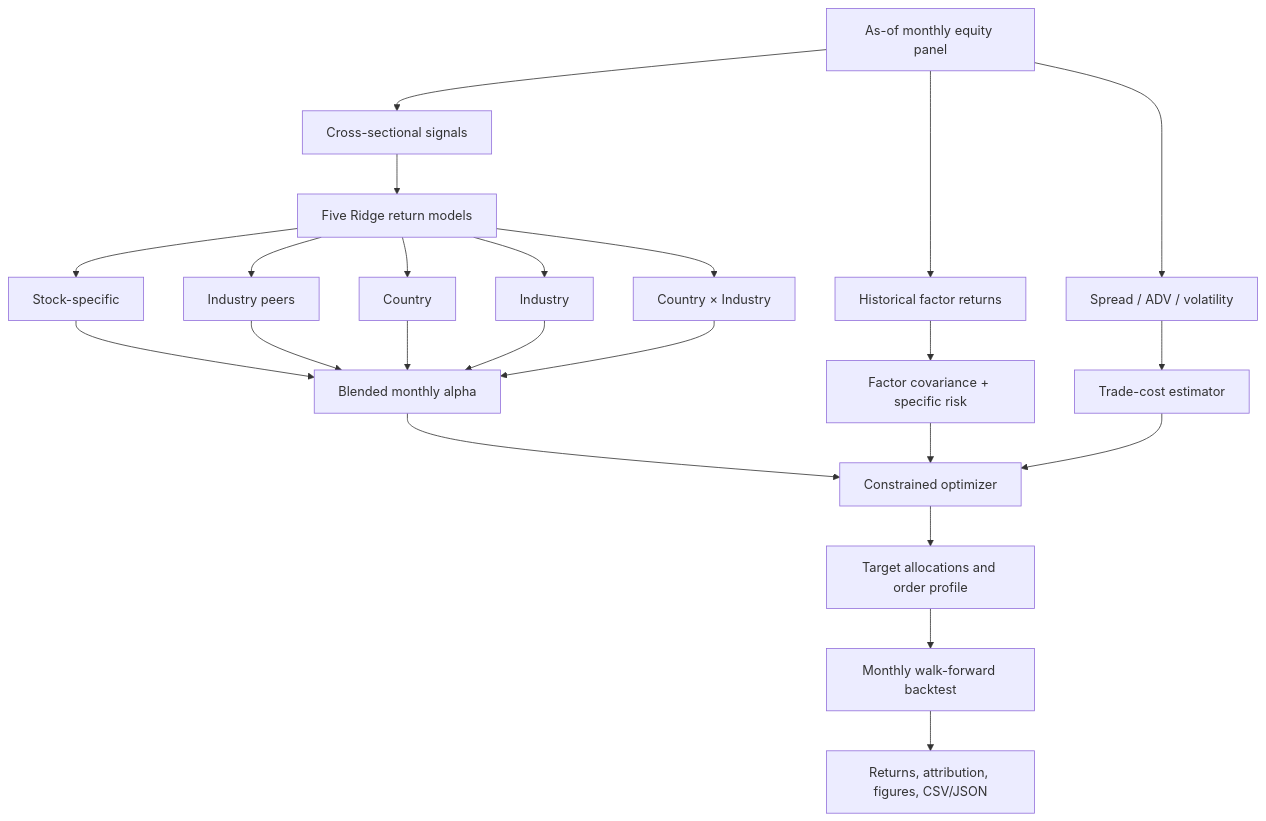
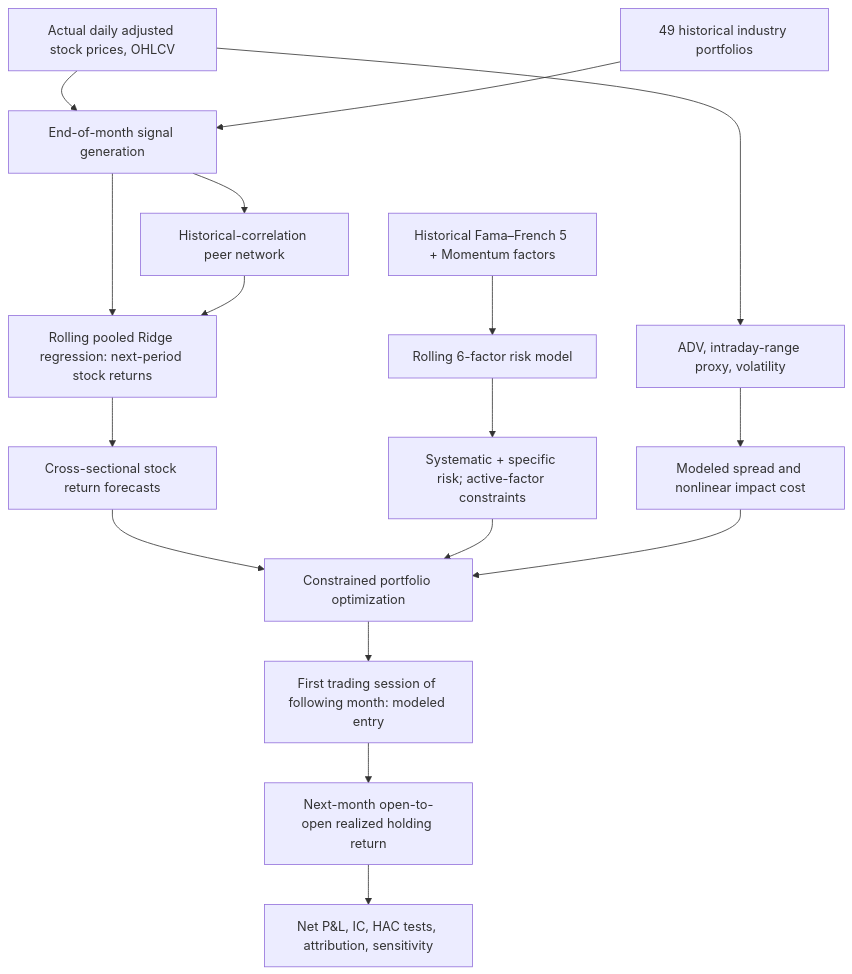
One commit to notpranita/alpha-risk-cost-portfolio-research changed the diagram in README.md. Above: the diagram before and after it, drawn with Mermaid. The commit also changed other lines of this file and 81 other files, not shown here.

Commit message:
implement S&P 500 alpha risk cost research framework

````diff
--- a/README.md
+++ b/README.md
@@ -19,25 +17,19 @@
 ```mermaid
 flowchart TD
-    A[As-of monthly equity panel] --> B[Cross-sectional signals]
-    B --> C[Five Ridge return models]
-    C --> C1[Stock-specific]
-    C --> C2[Industry peers]
-    C --> C3[Country]
-    C --> C4[Industry]
-    C --> C5[Country × Industry]
-    C1 --> D[Blended monthly alpha]
-    C2 --> D
-    C3 --> D
-    C4 --> D
-    C5 --> D
-    A --> E[Historical factor returns]
-    E --> F[Factor covariance + specific risk]
-    A --> G[Spread / ADV / volatility]
-    G --> H[Trade-cost estimator]
-    D --> I[Constrained optimizer]
-    F --> I
-    H --> I
-    I --> J[Target allocations and order profile]
-    J --> K[Monthly walk-forward backtest]
-    K --> L[Returns, attribution, figures, CSV/JSON]
+ A[Actual daily adjusted stock prices, OHLCV] --> B[End-of-month signal generation]
+ C[Historical Fama–French 5 + Momentum factors] --> D[Rolling 6-factor risk model]
+ E[49 historical industry portfolios] --> B
+ B --> F[Rolling pooled Ridge regression: next-period stock returns]
+ B --> G[Historical-correlation peer network]
+ G --> F
+ F --> H[Cross-sectional stock return forecasts]
+ D --> I[Systematic + specific risk; active-factor constraints]
+ H --> J[Constrained portfolio optimization]
+ I --> J
+ A --> K[ADV, intraday-range proxy, volatility]
+ K --> L[Modeled spread and nonlinear impact cost]
+ L --> J
+ J --> M[First trading session of following month: modeled entry]
+ M --> N[Next-month open-to-open realized holding return]
+ N --> O[Net P&L, IC, HAC tests, attribution, sensitivity]
 ```
````
